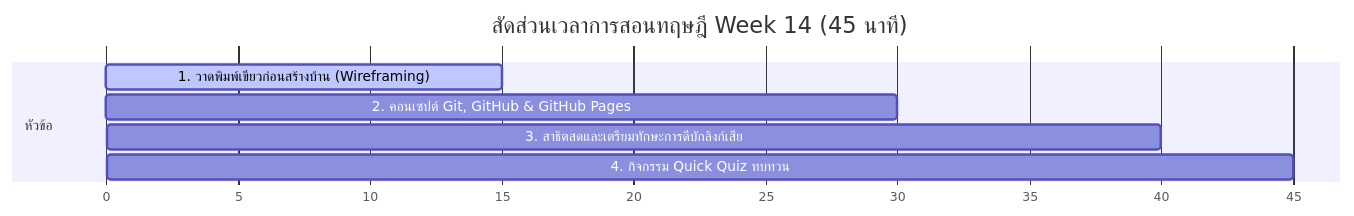
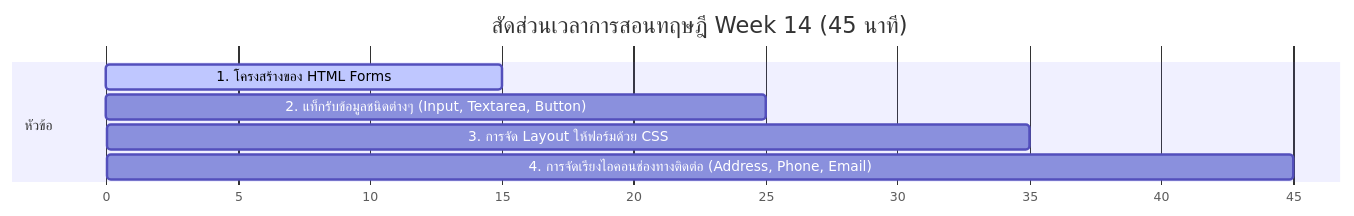
Before and after one commit to jirawat9ball/Website_lesson_plan: the diagram in Week 14/Teacher/README.md, drawn with Mermaid. The commit also changed other lines of this file and 22 other files, not shown here.

````diff
--- a/Week 14/Teacher/README.md
+++ b/Week 14/Teacher/README.md
@@ -8,11 +8,11 @@
 ```mermaid
 gantt
     title สัดส่วนเวลาการสอนทฤษฎี Week 14 (45 นาที)
     dateFormat  X
     axisFormat %s
     section หัวข้อ
-    1. วาดพิมพ์เขียวก่อนสร้างบ้าน (Wireframing) : active, 0, 15
-    2. คอนเซปต์ Git, GitHub & GitHub Pages : 15, 30
-    3. สาธิตสดและเตรียมทักษะการดีบักลิงก์เสีย : 30, 40
-    4. กิจกรรม Quick Quiz ทบทวน : 40, 45
+    1. โครงสร้างของ HTML Forms : active, 0, 15
+    2. แท็กรับข้อมูลชนิดต่างๆ (Input, Textarea, Button) : 15, 25
+    3. การจัด Layout ให้ฟอร์มด้วย CSS : 25, 35
+    4. การจัดเรียงไอคอนช่องทางติดต่อ (Address, Phone, Email) : 35, 45
 ```
````
